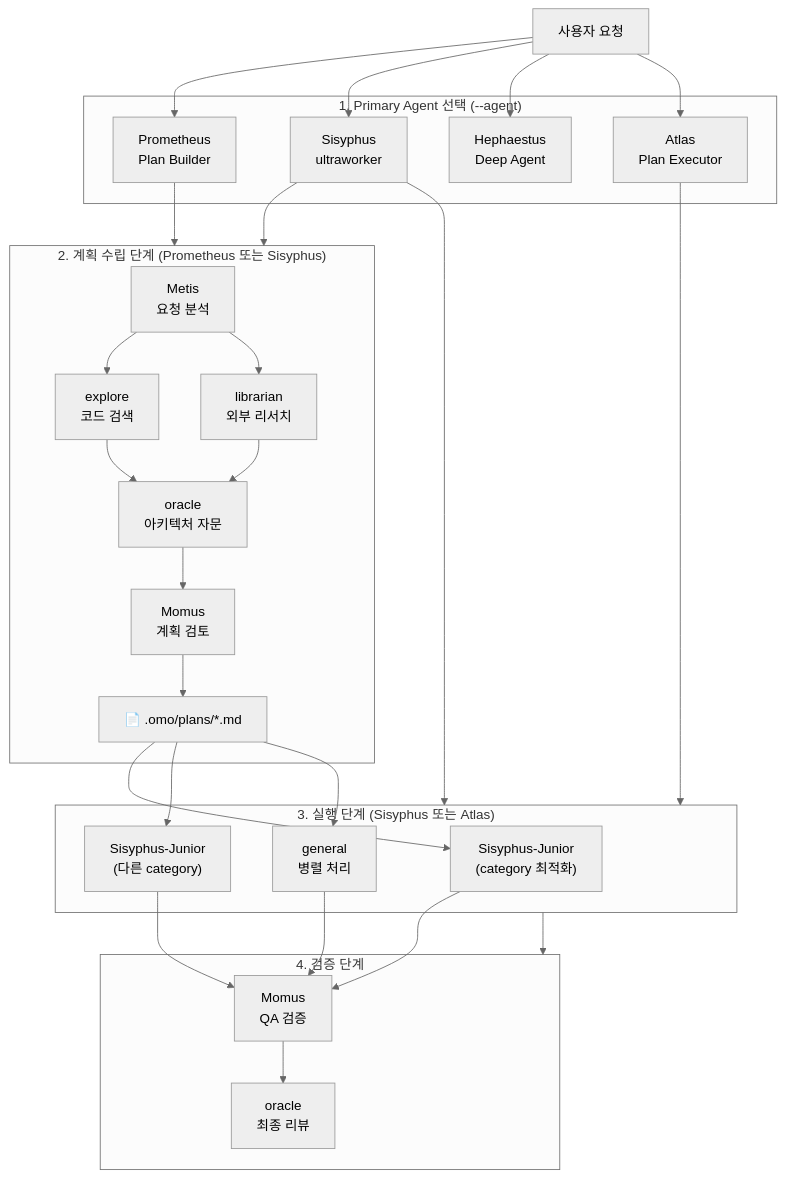
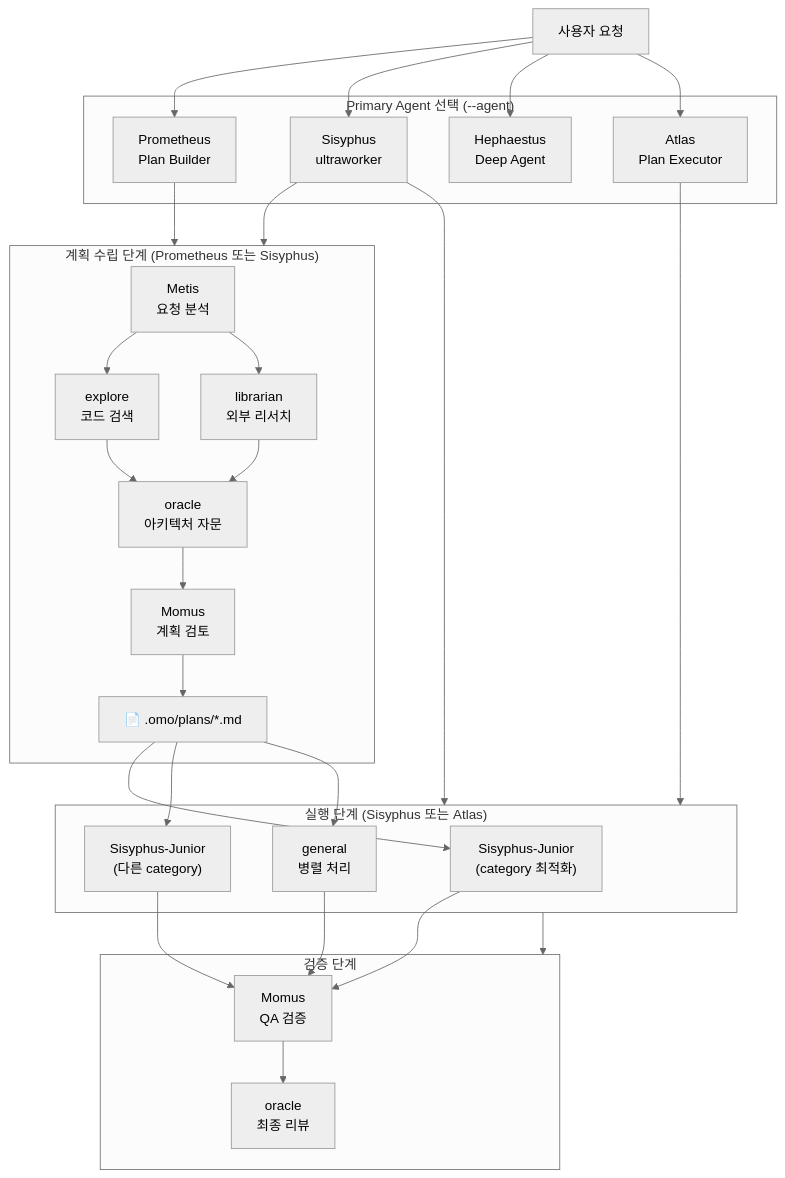
The diagram in docs/dev/agent-concept.md (icarus-inte01/wiki), drawn with Mermaid (neutral theme) before and after one commit. The commit also changed 1 other file, not shown here.

Commit message:
wiki: index.md 섹션 이동 (삽질→개념) 및 mermaid 다이어그램 번호 제거

````diff
--- a/docs/dev/agent-concept.md
+++ b/docs/dev/agent-concept.md
@@ -451,38 +451,38 @@
 ```mermaid
 flowchart TB
     User["사용자 요청"]
 
-    subgraph Select["1. Primary Agent 선택 (--agent)"]
+    subgraph Select["Primary Agent 선택 (--agent)"]
         P["Prometheus<br/>Plan Builder"]
         S["Sisyphus<br/>ultraworker"]
         H["Hephaestus<br/>Deep Agent"]
         A["Atlas<br/>Plan Executor"]
     end
 
-    subgraph Plan["2. 계획 수립 단계 (Prometheus 또는 Sisyphus)"]
+    subgraph Plan["계획 수립 단계 (Prometheus 또는 Sisyphus)"]
         M["Metis<br/>요청 분석"] --> E["explore<br/>코드 검색"]
         M --> L["librarian<br/>외부 리서치"]
         E --> O["oracle<br/>아키텍처 자문"]
         L --> O
         O --> Mo["Momus<br/>계획 검토"]
         Mo --> PLAN_FILE["📄 .omo/plans/*.md"]
     end
 
-    subgraph Execute["3. 실행 단계 (Sisyphus 또는 Atlas)"]
+    subgraph Execute["실행 단계 (Sisyphus 또는 Atlas)"]
         PLAN_FILE --> SJ1["Sisyphus-Junior<br/>(category 최적화)"]
         PLAN_FILE --> SJ2["Sisyphus-Junior<br/>(다른 category)"]
         PLAN_FILE --> G["general<br/>병렬 처리"]
     end
 
-    subgraph Verify["4. 검증 단계"]
+    subgraph Verify["검증 단계"]
         SJ1 & SJ2 & G --> Mo2["Momus<br/>QA 검증"]
         Mo2 --> OR["oracle<br/>최종 리뷰"]
     end
 
     User --> P & S & H & A
     P --> Plan
     S --> Plan
     S --> Execute
     A --> Execute
     Execute --> Verify
 ```
````
